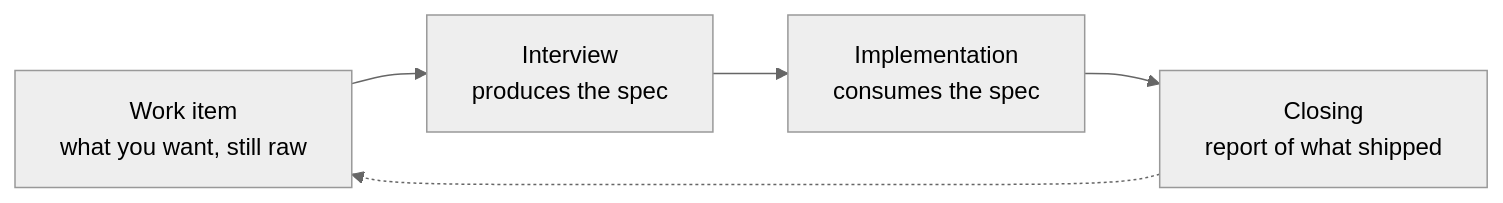
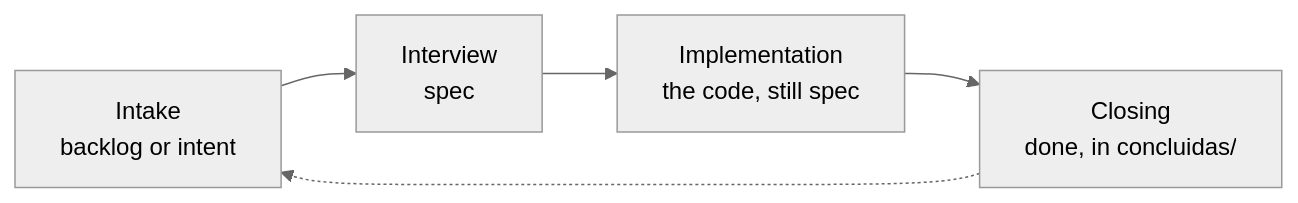
One commit to hmaurus/skills changed the diagram in README.en.md. Above: the diagram before and after it, drawn with Mermaid (neutral theme). The commit also changed other lines of this file and 12 other files, not shown here.

````diff
--- a/README.en.md
+++ b/README.en.md
@@ -89,9 +89,9 @@
 ```mermaid
 flowchart LR
-  D[Work item<br/>what you want, still raw]
-  E[Interview<br/>produces the spec]
-  I[Implementation<br/>consumes the spec]
-  F[Closing<br/>report of what shipped]
-  D --> E --> I --> F
-  F -.-> D
+  R[Intake<br/>backlog or intent]
+  E[Interview<br/>spec]
+  I[Implementation<br/>the code, still spec]
+  F[Closing<br/>done, in concluidas/]
+  R --> E --> I --> F
+  F -.-> R
 ```
````
